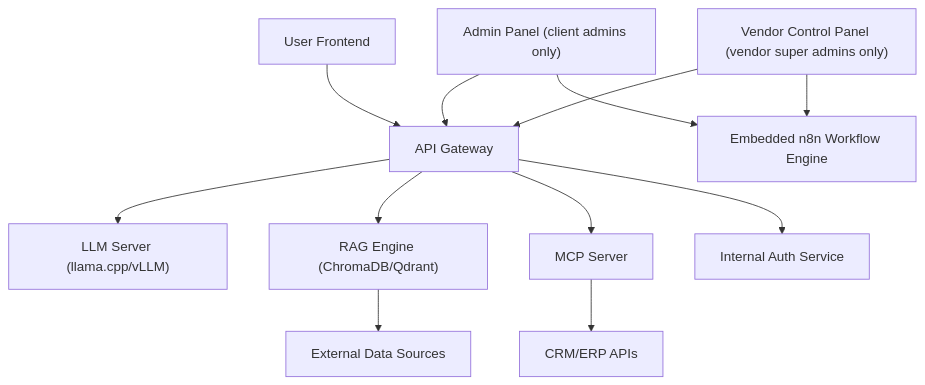
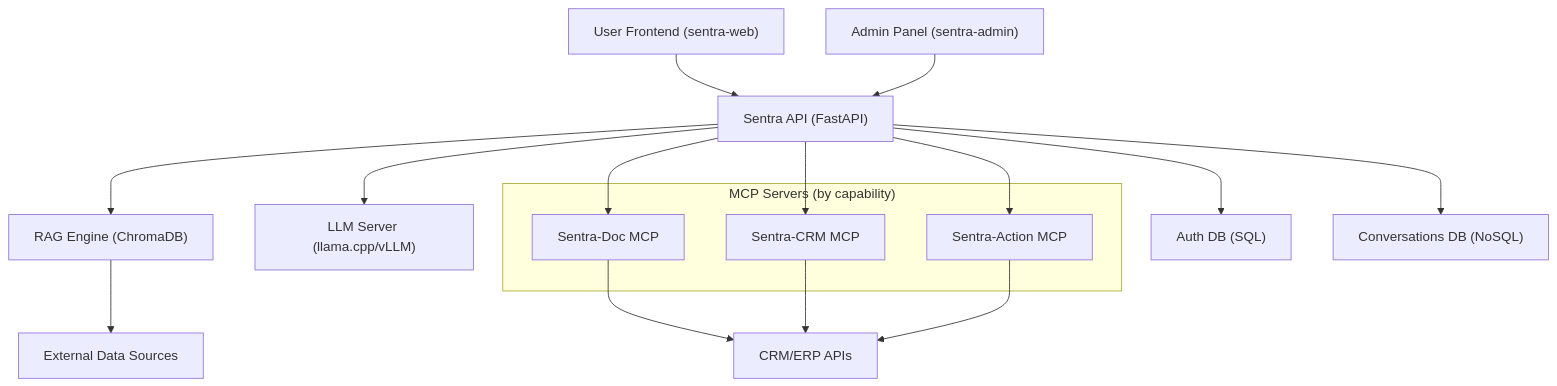
Before and after one commit to Sentra-Brain/sentra-platform: the diagram in docs/arc42/05_building_block_view.md, drawn with Mermaid. The commit also changed other lines of this file and 2 other files, not shown here.

Commit message:
Refine architecture documentation: update solution strategy and building block views for clarity and detail, including enhanced descriptions of MCP servers and API interactions.

````diff
--- a/docs/arc42/05_building_block_view.md
+++ b/docs/arc42/05_building_block_view.md
@@ -11,27 +11,36 @@
 ```mermaid
 graph TD
-    Frontend[User Frontend]
-    AdminPanel["Admin Panel (client admins only)"]
-    VendorPanel["Vendor Control Panel (vendor super admins only)"]
-    API[API Gateway]
+    Frontend["User Frontend (sentra-web)"]
+    AdminPanel["Admin Panel (sentra-admin)"]
+    API["Sentra API (FastAPI)"]
     LLM["LLM Server (llama.cpp/vLLM)"]
-    RAG["RAG Engine (ChromaDB/Qdrant)"]
-    MCP["MCP Server"]
-    Auth[Internal Auth Service]
-    n8n[Embedded n8n Workflow Engine]
-    DataSources[External Data Sources]
-    CRMs[CRM/ERP APIs]
+    RAG["RAG Engine (ChromaDB)"]
+    
+    subgraph MCP_Servers["MCP Servers (by capability)"]
+        MCP_Doc["Sentra-Doc MCP"]
+        MCP_CRM["Sentra-CRM MCP"]
+        MCP_Action["Sentra-Action MCP"]
+    end
+
+    AuthSQL["Auth DB (SQL)"]
+    ConversationsDB["Conversations DB (NoSQL)"]
+
+    DataSources["External Data Sources"]
+    CRMs["CRM/ERP APIs"]
 
     Frontend --> API
     AdminPanel --> API
-    VendorPanel --> API
-    VendorPanel --> n8n
     API --> LLM
     API --> RAG
-    API --> MCP
-    API --> Auth
-    AdminPanel --> n8n
+    API --> MCP_Doc
+    API --> MCP_CRM
+    API --> MCP_Action
+    API --> AuthSQL
+    API --> ConversationsDB
     RAG --> DataSources
-    MCP --> CRMs
+    MCP_Doc --> CRMs
+    MCP_CRM --> CRMs
+    MCP_Action --> CRMs
+
 
 ```
````
